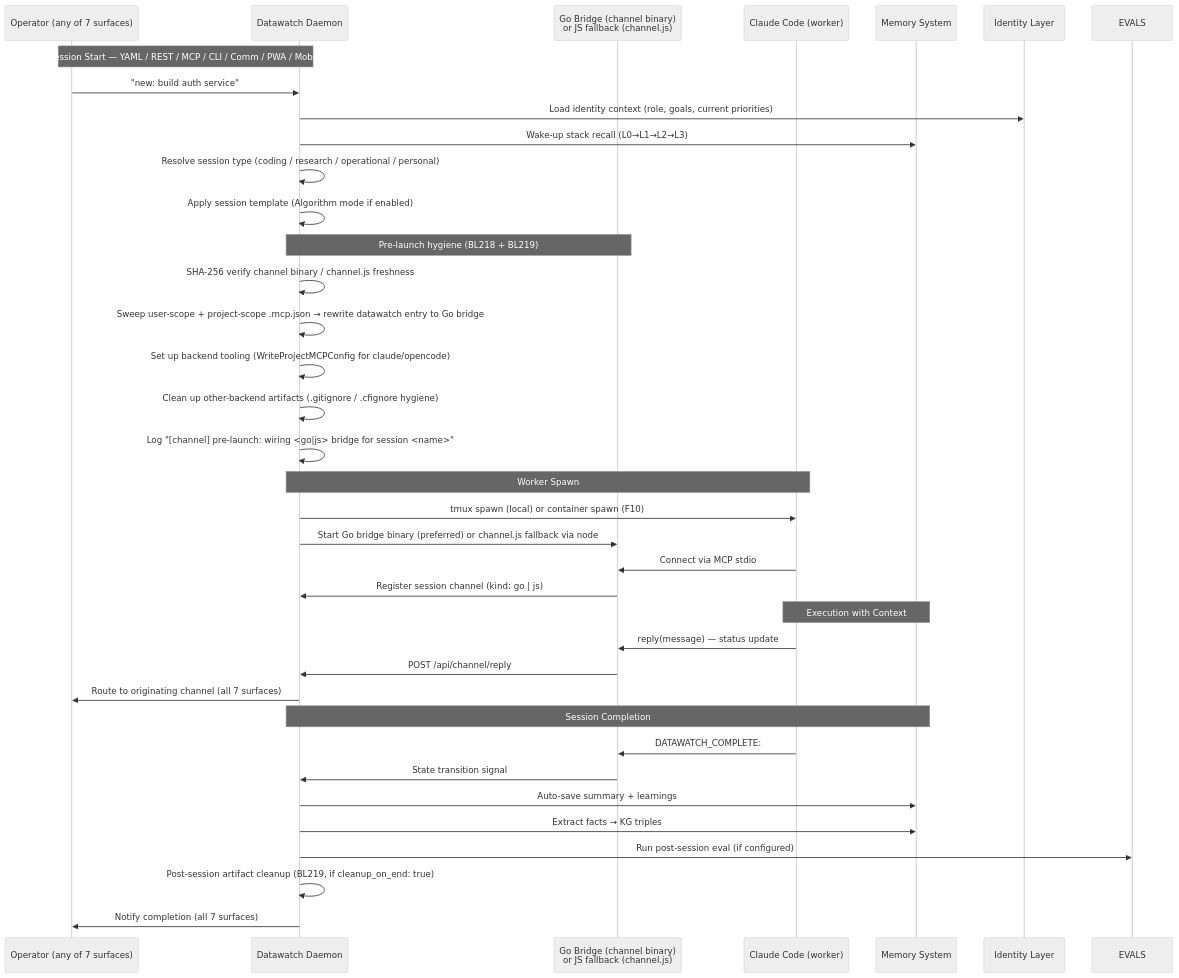
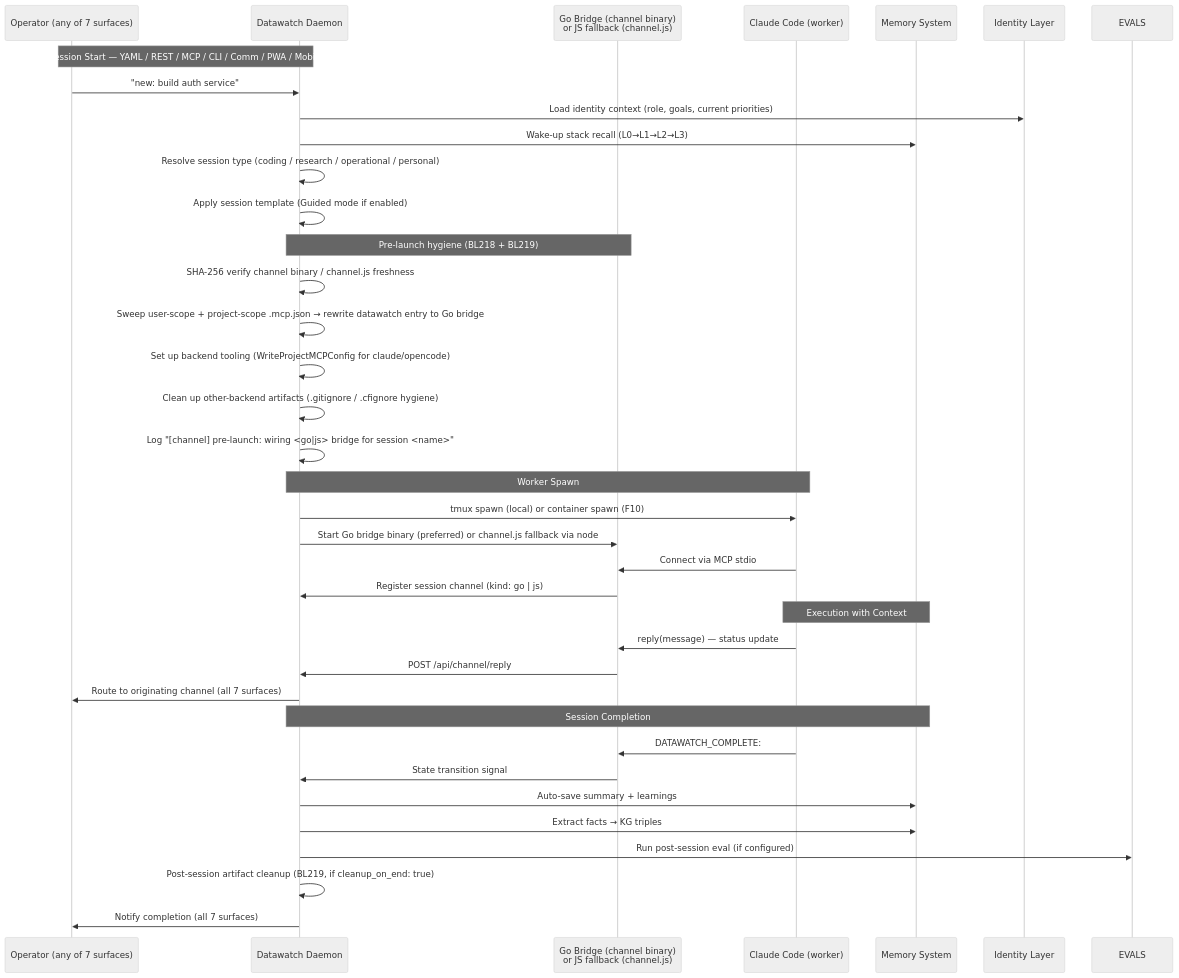
Before and after one commit to dmz006/datawatch: the second of 6 diagrams in docs/plans/2026-05-02-unified-ai-platform-design.md, drawn with Mermaid (neutral theme). The commit also changed other lines of this file and 4 other files, not shown here.

````diff
--- a/docs/plans/2026-05-02-unified-ai-platform-design.md
+++ b/docs/plans/2026-05-02-unified-ai-platform-design.md
@@ -228,43 +228,43 @@
 ```mermaid
 sequenceDiagram
     participant OP as Operator (any of 7 surfaces)
     participant DW as Datawatch Daemon
     participant BRIDGE as Go Bridge (channel binary)<br/>or JS fallback (channel.js)
     participant CC as Claude Code (worker)
     participant MEM as Memory System
     participant TELOS as Identity Layer
 
     Note over OP,DW: Session Start — YAML / REST / MCP / CLI / Comm / PWA / Mobile
     OP->>DW: "new: build auth service"
     DW->>TELOS: Load identity context (role, goals, current priorities)
     DW->>MEM: Wake-up stack recall (L0→L1→L2→L3)
     DW->>DW: Resolve session type (coding / research / operational / personal)
-    DW->>DW: Apply session template (Algorithm mode if enabled)
+    DW->>DW: Apply session template (Guided mode if enabled)
 
     Note over DW,BRIDGE: Pre-launch hygiene (BL218 + BL219)
     DW->>DW: SHA-256 verify channel binary / channel.js freshness
     DW->>DW: Sweep user-scope + project-scope .mcp.json → rewrite datawatch entry to Go bridge
     DW->>DW: Set up backend tooling (WriteProjectMCPConfig for claude/opencode)
     DW->>DW: Clean up other-backend artifacts (.gitignore / .cfignore hygiene)
     DW->>DW: Log "[channel] pre-launch: wiring <go|js> bridge for session <name>"
 
     Note over DW,CC: Worker Spawn
     DW->>CC: tmux spawn (local) or container spawn (F10)
     DW->>BRIDGE: Start Go bridge binary (preferred) or channel.js fallback via node
     CC->>BRIDGE: Connect via MCP stdio
     BRIDGE->>DW: Register session channel (kind: go | js)
 
     Note over CC,MEM: Execution with Context
     CC->>BRIDGE: reply(message) — status update
     BRIDGE->>DW: POST /api/channel/reply
     DW->>OP: Route to originating channel (all 7 surfaces)
 
     Note over DW,MEM: Session Completion
     CC->>BRIDGE: DATAWATCH_COMPLETE:
     BRIDGE->>DW: State transition signal
     DW->>MEM: Auto-save summary + learnings
     DW->>MEM: Extract facts → KG triples
     DW->>EVALS: Run post-session eval (if configured)
     DW->>DW: Post-session artifact cleanup (BL219, if cleanup_on_end: true)
     DW->>OP: Notify completion (all 7 surfaces)
 ```
````
